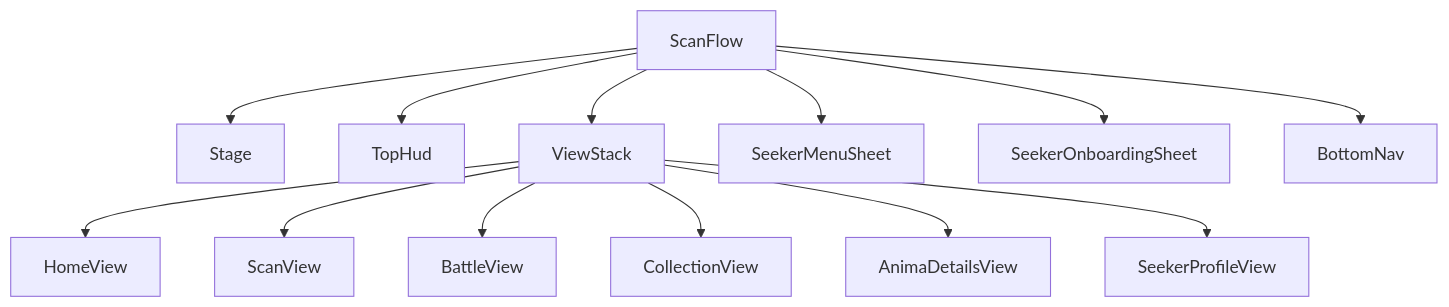
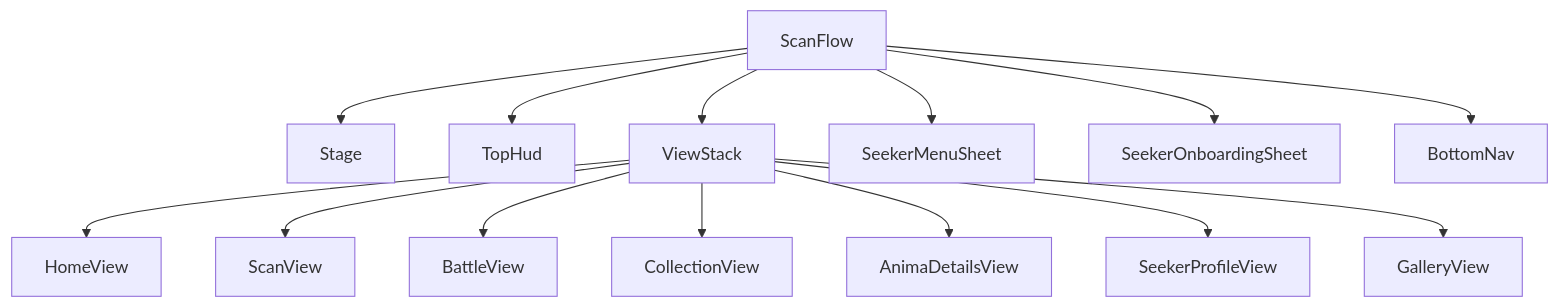
Before and after one commit to ryansetia1/Scanima: the diagram in docs/06-ui-globalization.md, drawn with Mermaid. The commit also changed other lines of this file and 108 other files, not shown here.

````diff
--- a/docs/06-ui-globalization.md
+++ b/docs/06-ui-globalization.md
@@ -16,15 +16,16 @@
 ```mermaid
 flowchart TD
     ScanFlow --> Stage
     ScanFlow --> TopHud
     ScanFlow --> ViewStack
     ViewStack --> HomeView
     ViewStack --> ScanView
     ViewStack --> BattleView
     ViewStack --> CollectionView
     ViewStack --> AnimaDetailsView
     ViewStack --> SeekerProfileView
+    ViewStack --> GalleryView
     ScanFlow --> SeekerMenuSheet
     ScanFlow --> SeekerOnboardingSheet
     ScanFlow --> BottomNav
 ```
````
